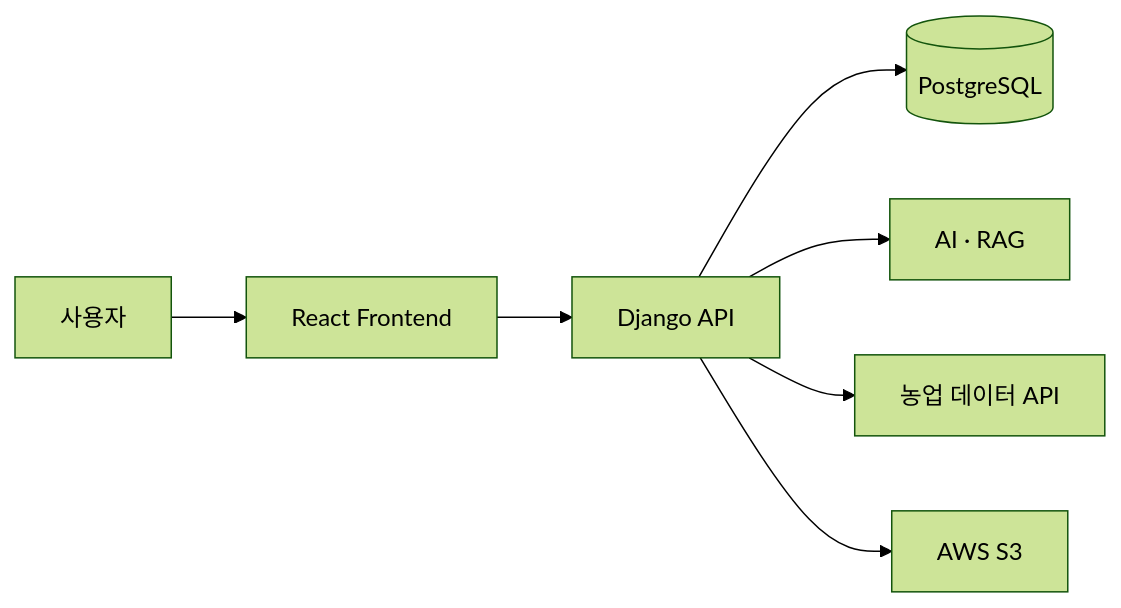
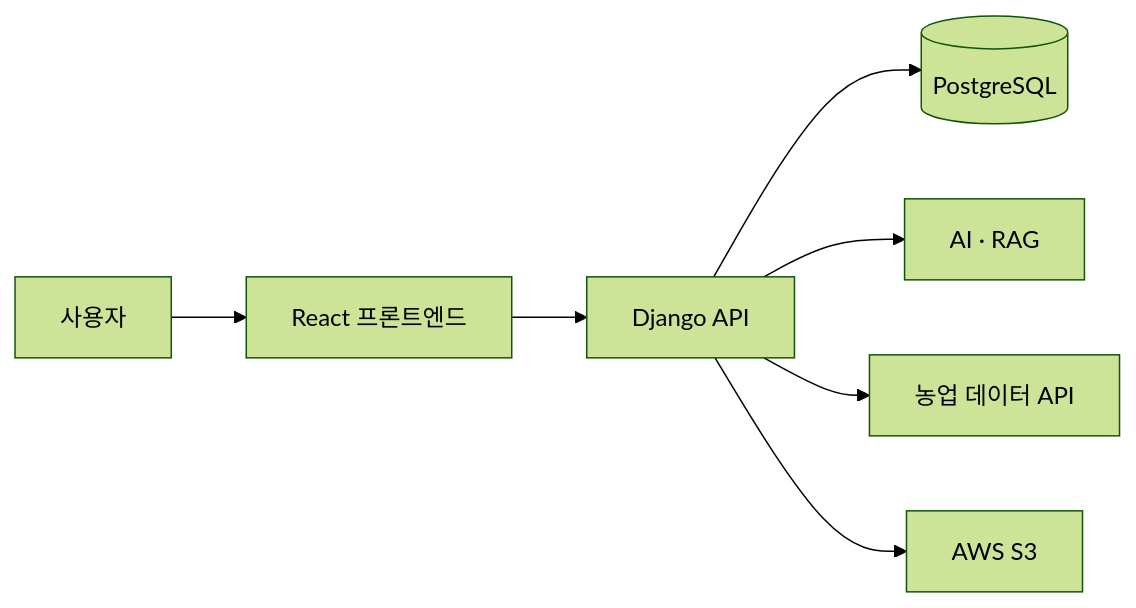
One commit to minjuko/farm-copilot changed the diagram in README.md. Above: the diagram before and after it, drawn with Mermaid (forest theme). The commit also changed other lines of this file, not shown here.

Commit message:
docs: 프론트엔드 연동 범위 설명

````diff
--- a/README.md
+++ b/README.md
@@ -118,9 +124,9 @@
 ```mermaid
 flowchart LR
-    U["사용자"] --> F["React Frontend"]
+    U["사용자"] --> F["React 프론트엔드"]
     F --> D["Django API"]
     D --> DB[("PostgreSQL")]
     D --> AI["AI · RAG"]
     D --> EXT["농업 데이터 API"]
     D --> S["AWS S3"]
 ```
````
